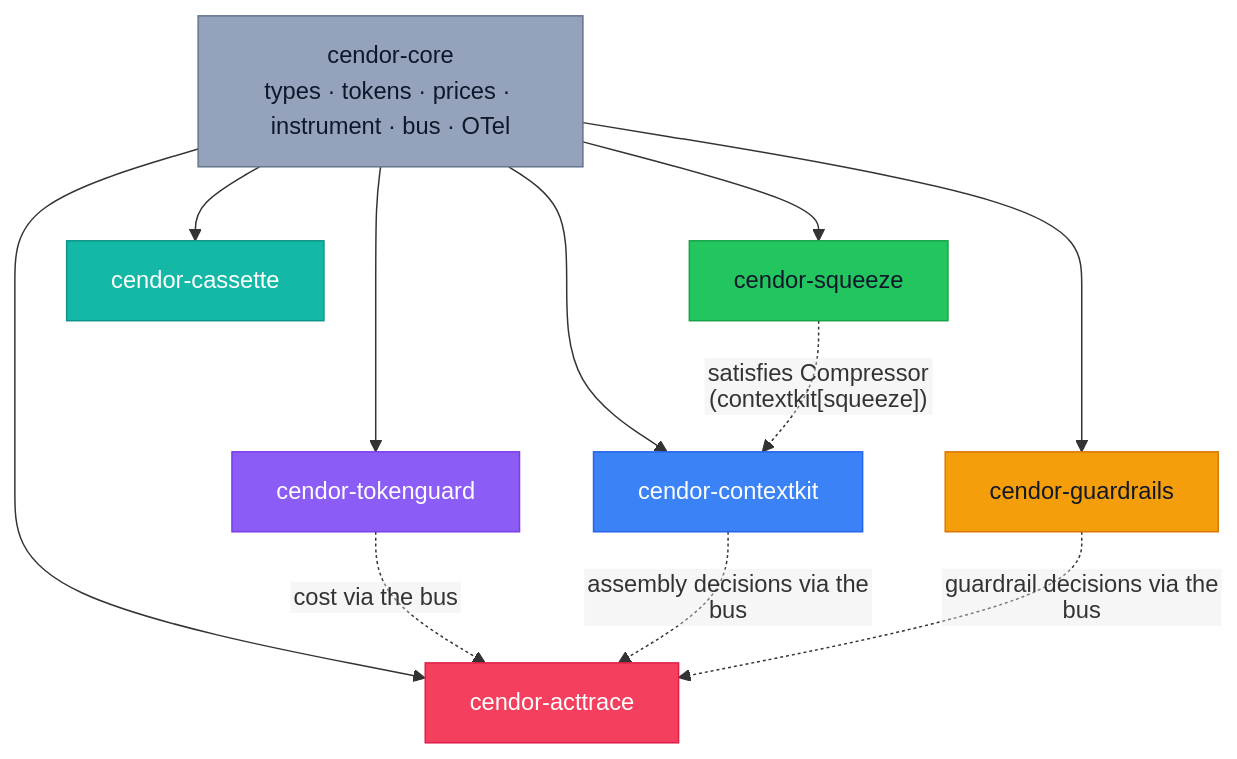
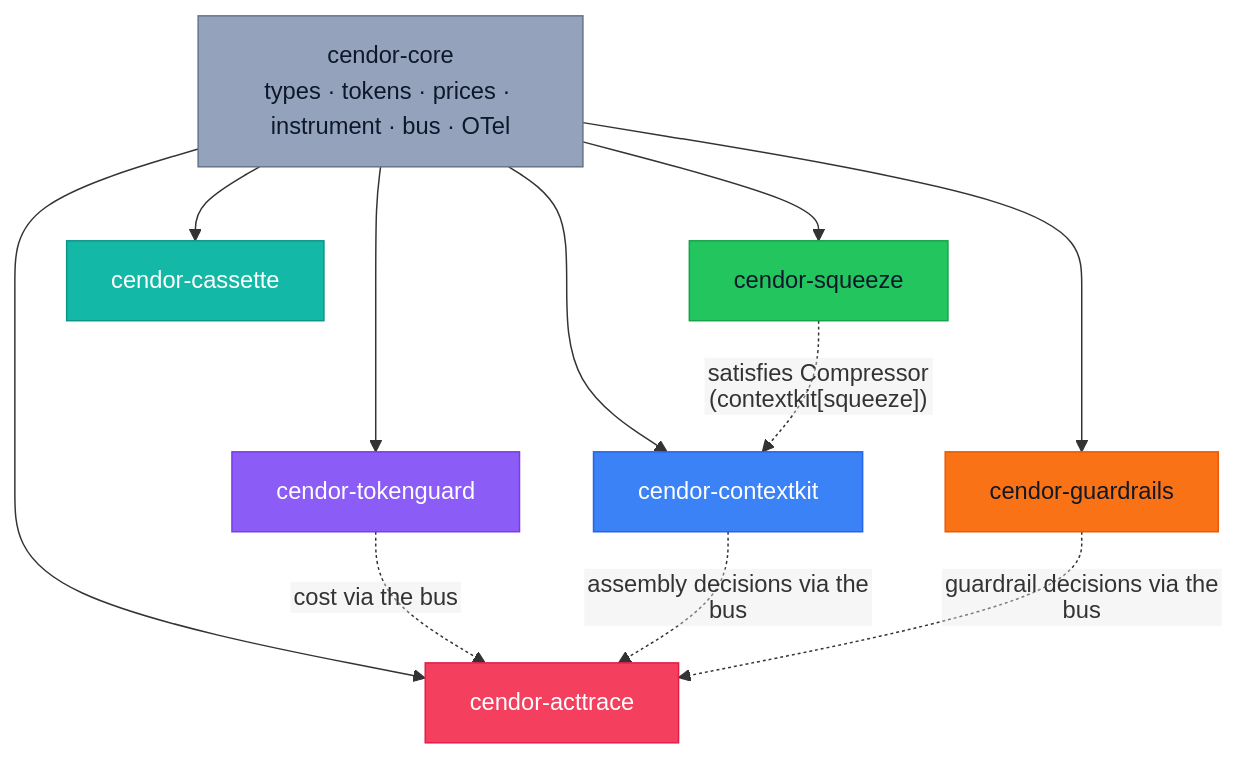
Before and after one commit to cendorhq/cendor-libs: the third of 3 diagrams in docs/architecture.md, drawn with Mermaid. The commit also changed other lines of this file and 11 other files, not shown here.

````diff
--- a/docs/architecture.md
+++ b/docs/architecture.md
@@ -99,25 +131,25 @@
 ```mermaid
 %%{init: {"flowchart": {"htmlLabels": false}} }%%
 graph TD
     core["cendor-core<br/>types · tokens · prices · instrument · bus · OTel"]
     ck["cendor-contextkit"]
     sq["cendor-squeeze"]
     tg["cendor-tokenguard"]
     gr["cendor-guardrails"]
     cs["cendor-cassette"]
     at["cendor-acttrace"]
     core --> ck & sq & tg & gr & cs & at
     sq -. "satisfies Compressor (contextkit[squeeze])" .-> ck
     tg -. "cost via the bus" .-> at
     ck -. "assembly decisions via the bus" .-> at
     gr -. "guardrail decisions via the bus" .-> at
 
     classDef co fill:#94A3BB,color:#0F172A,stroke:#64748B;
     classDef ck fill:#3B82F6,color:#ffffff,stroke:#2563EB;
     classDef sq fill:#22C55E,color:#0F172A,stroke:#16A34A;
     classDef tg fill:#8B5CF6,color:#ffffff,stroke:#7C3AED;
-    classDef gr fill:#F59E0B,color:#111827,stroke:#D97706;
+    classDef gr fill:#F97316,color:#111827,stroke:#EA580C;
     classDef cs fill:#14B8A6,color:#ffffff,stroke:#0D9488;
     classDef at fill:#F43F5E,color:#ffffff,stroke:#E11D48;
     class core co; class ck ck; class sq sq; class tg tg; class gr gr; class cs cs; class at at;
 ```
````
